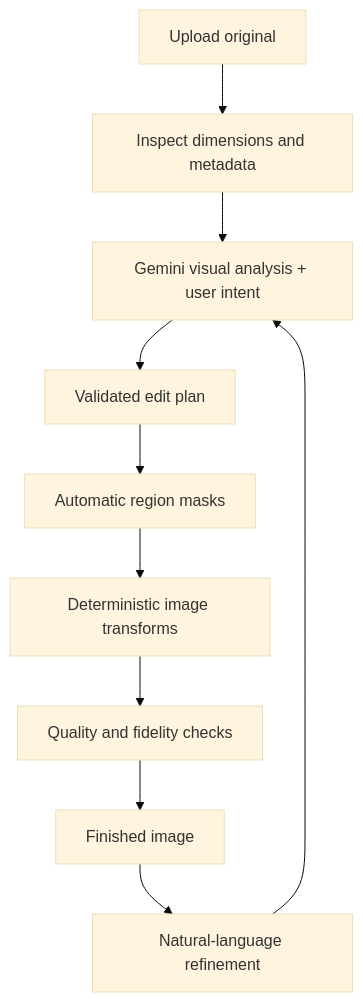
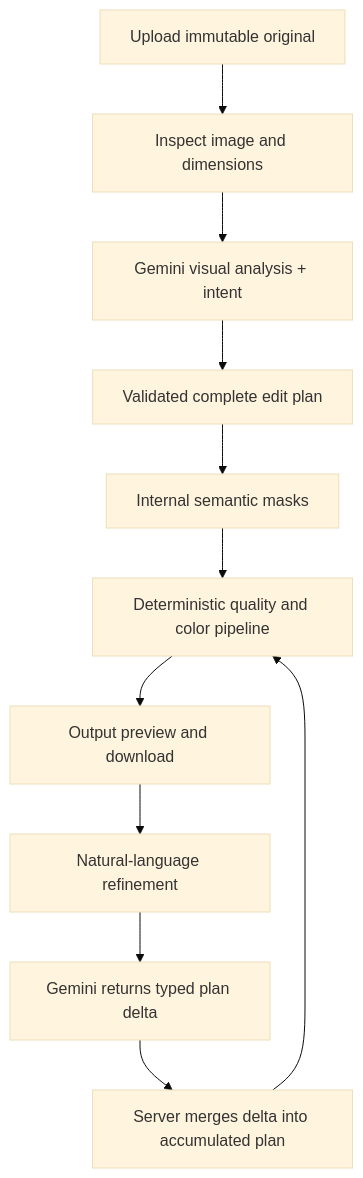
Before and after one commit to Hashzin-0/OpticLab: the diagram in docs/ARCHITECTURE.md, drawn with Mermaid (base theme). The commit also changed other lines of this file, not shown here.

Commit message:
docs(image): document incremental refinements and quality pipeline

````diff
--- a/docs/ARCHITECTURE.md
+++ b/docs/ARCHITECTURE.md
@@ -7,12 +7,13 @@
 ```mermaid
 flowchart TD
-  A[Upload original] --> B[Inspect dimensions and metadata]
-  B --> C[Gemini visual analysis + user intent]
-  C --> D[Validated edit plan]
-  D --> E[Automatic region masks]
-  E --> F[Deterministic image transforms]
-  F --> G[Quality and fidelity checks]
-  G --> H[Finished image]
-  H --> I[Natural-language refinement]
-  I --> C
+  A[Upload immutable original] --> B[Inspect image and dimensions]
+  B --> C[Gemini visual analysis + intent]
+  C --> D[Validated complete edit plan]
+  D --> E[Internal semantic masks]
+  E --> F[Deterministic quality and color pipeline]
+  F --> G[Output preview and download]
+  G --> H[Natural-language refinement]
+  H --> I[Gemini returns typed plan delta]
+  I --> J[Server merges delta into accumulated plan]
+  J --> F
 ```
````
